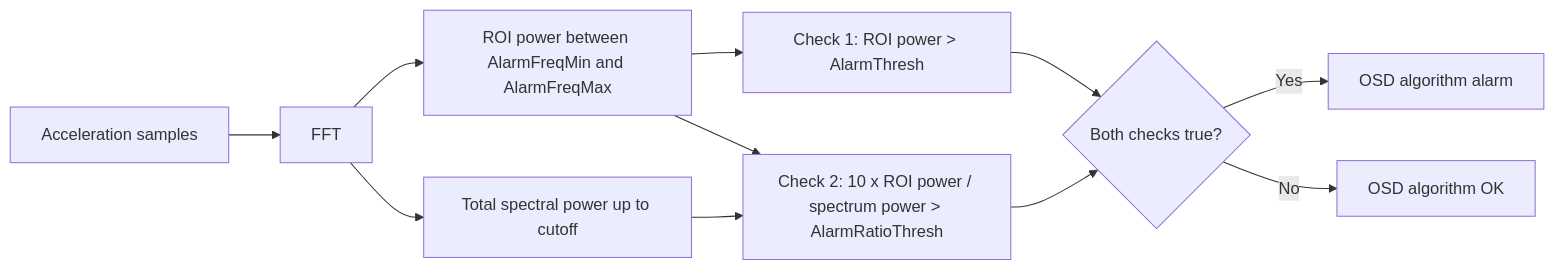
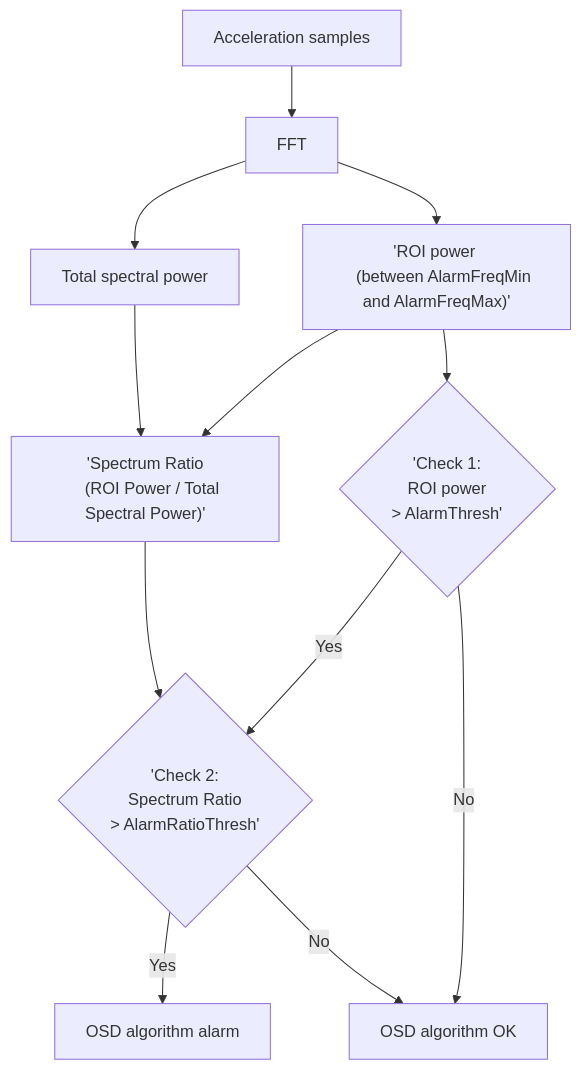
One commit to OpenSeizureDetector/openseizuredetector.github.io changed the first of 5 diagrams in pages-user/seizure-detection/original-osd-algorithm.md. Above: the diagram before and after it, drawn with Mermaid. The commit also changed other lines of this file, not shown here.

Commit message:
Tidied up flowchart for OSD algorithm

````diff
--- a/pages-user/seizure-detection/original-osd-algorithm.md
+++ b/pages-user/seizure-detection/original-osd-algorithm.md
@@ -21,13 +21,20 @@
 ```mermaid
-flowchart LR
+flowchart TB
     A[Acceleration samples] --> B[FFT]
-    B --> C[ROI power between AlarmFreqMin and AlarmFreqMax]
-    B --> D[Total spectral power up to cutoff]
-    C --> E[Check 1: ROI power > AlarmThresh]
-    C --> F[Check 2: 10 x ROI power / spectrum power > AlarmRatioThresh]
-    D --> F
-    E --> G{Both checks true?}
-    F --> G
-    G -->|Yes| H[OSD algorithm alarm]
-    G -->|No| I[OSD algorithm OK]
+    B --> C["'ROI power 
+    (between AlarmFreqMin and AlarmFreqMax)'"]
+    B --> D[Total spectral power]
+    C --> G
+    D --> G["'Spectrum Ratio
+    (ROI Power / Total Spectral Power)'"]
+    C --> E{"'Check 1: 
+    ROI power 
+    > AlarmThresh'"}
+    E --> |No| I[OSD algorithm OK]
+    E --> |Yes| F
+    G --> F{"'Check 2: 
+    Spectrum Ratio 
+    > AlarmRatioThresh'"}
+    F -->|Yes| H[OSD algorithm alarm]
+    F -->|No| I
 ```
````
